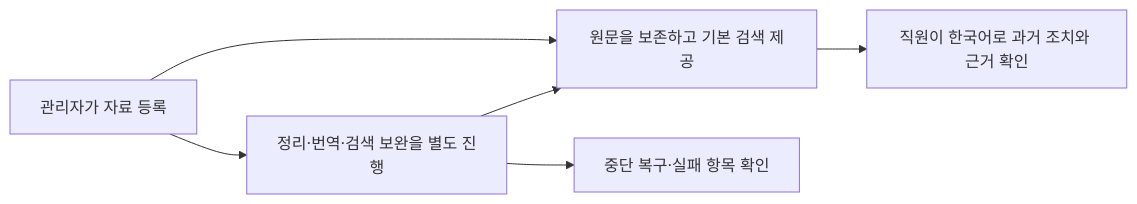
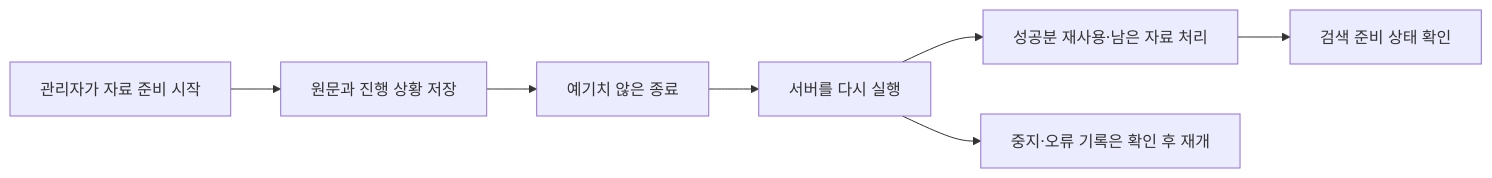
Before and after one commit to pmh10401/cs-excel-rag: the first of 19 diagrams in docs/임원보고서.md, drawn with Mermaid. The commit also changed other lines of this file and 15 other files, not shown here.

````diff
--- a/docs/임원보고서.md
+++ b/docs/임원보고서.md
@@ -9,8 +9,9 @@
 ```mermaid
 flowchart LR
-    A[관리자가 자료 등록] --> B[원문을 보존하고 기본 검색 제공]
-    A --> C[정리·번역·검색 보완을 별도 진행]
-    C --> B
-    B --> D[직원이 한국어로 과거 조치와 근거 확인]
-    C --> E[중단 복구·실패 항목 확인]
+    A[관리자가 자료 준비 시작] --> B[원문과 진행 상황 저장]
+    B --> C[예기치 않은 종료]
+    C --> D[서버를 다시 실행]
+    D --> E[성공분 재사용·남은 자료 처리]
+    D --> F[중지·오류 기록은 확인 후 재개]
+    E --> G[검색 준비 상태 확인]
 ```
````
